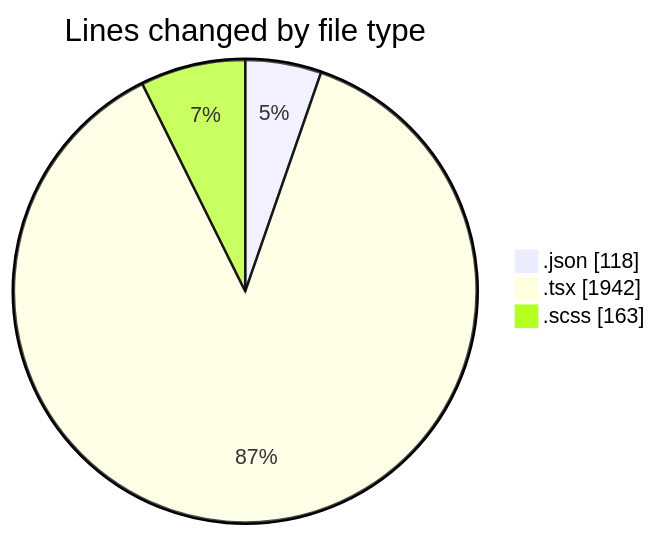
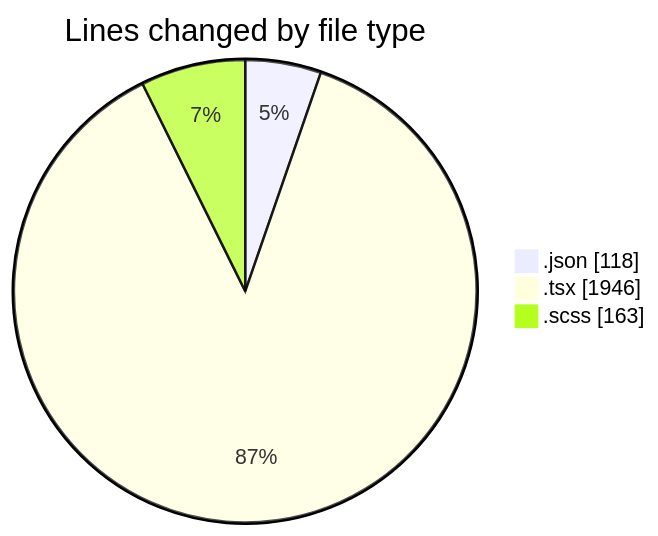
Before and after one commit to momahboobian/code-tracking: the first of 2 diagrams in 2025-11-19/cda/README.md, drawn with Mermaid. The commit also changed other lines of this file and 1 other file, not shown here.

````diff
--- a/2025-11-19/cda/README.md
+++ b/2025-11-19/cda/README.md
@@ -23,7 +23,7 @@
 ```mermaid
 pie showData
 title Lines changed by file type
 ".json" : 118
-".tsx" : 1942
+".tsx" : 1946
 ".scss" : 163
 ```
````
